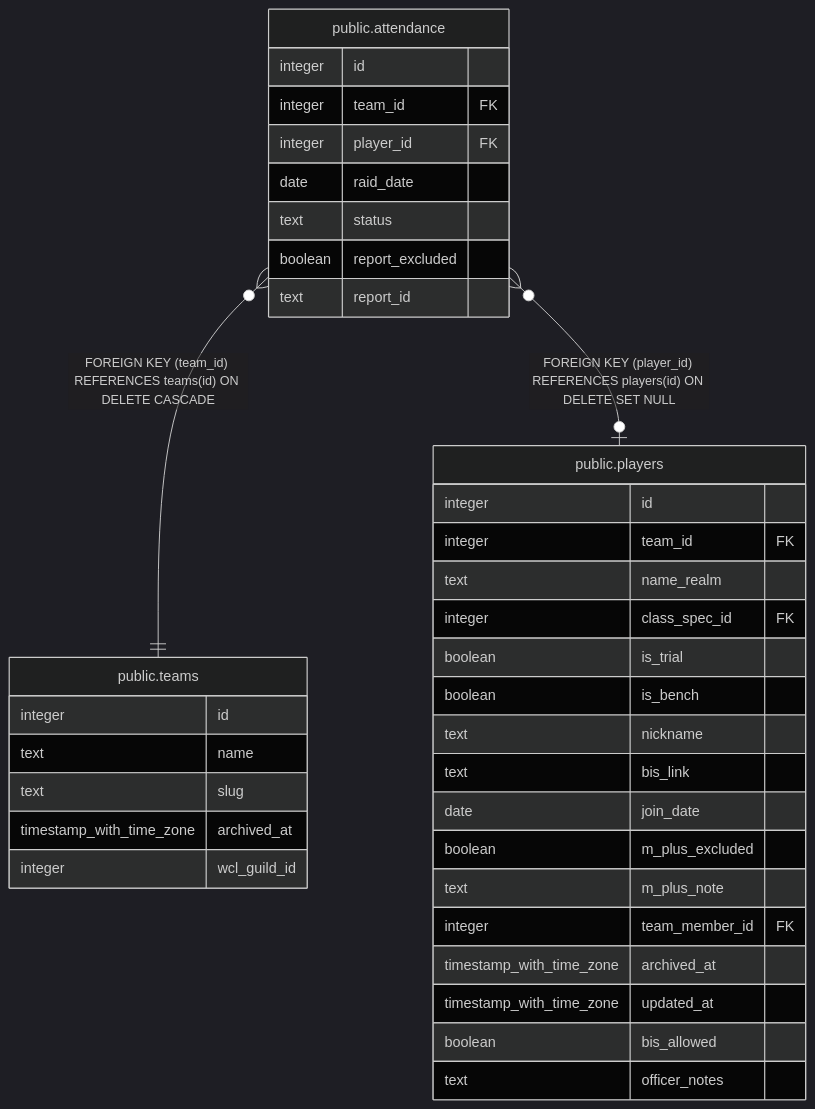
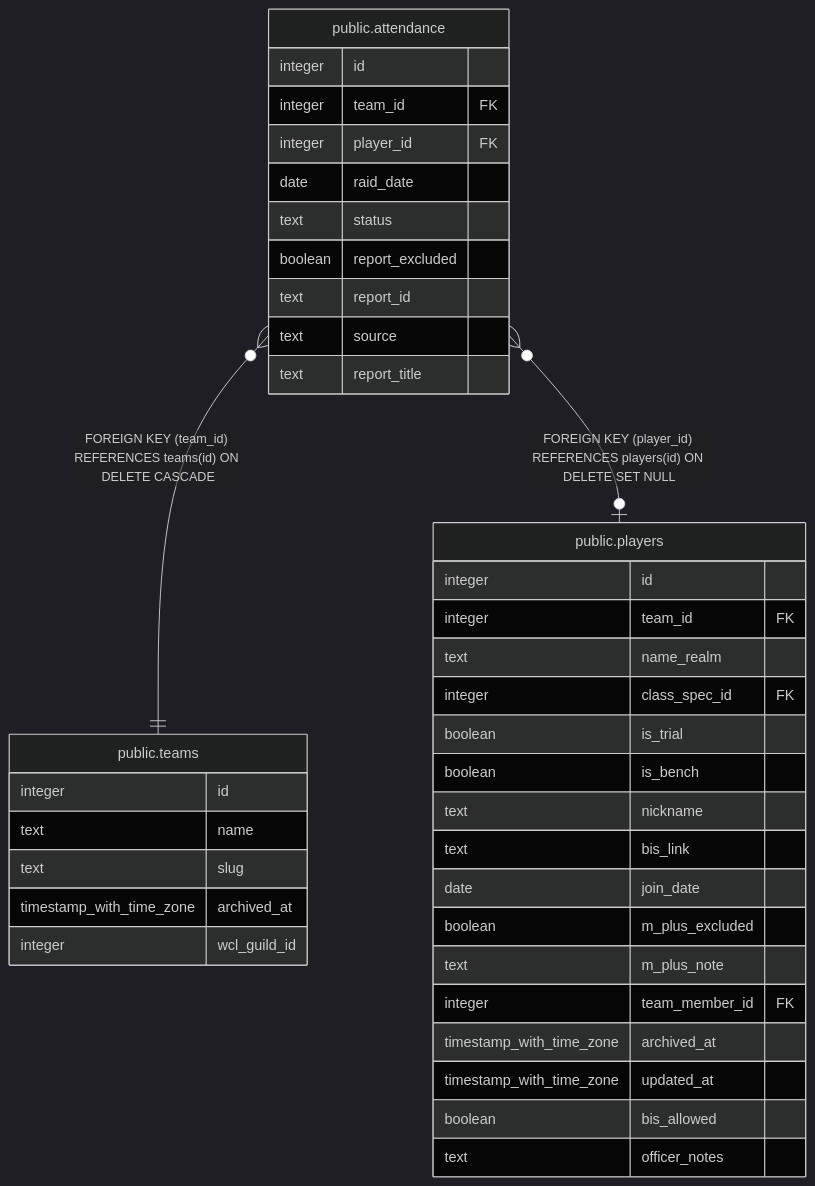
The diagram in dbdoc/public.attendance.md (katogaming88/WGA-Raid-Hub), drawn with Mermaid (dark theme) before and after one commit. The commit also changed other lines of this file and 16 other files, not shown here.

````diff
--- a/dbdoc/public.attendance.md
+++ b/dbdoc/public.attendance.md
@@ -40,41 +43,43 @@
 ```mermaid
 erDiagram
 
 "public.attendance" }o--|| "public.teams" : "FOREIGN KEY (team_id) REFERENCES teams(id) ON DELETE CASCADE"
 "public.attendance" }o--o| "public.players" : "FOREIGN KEY (player_id) REFERENCES players(id) ON DELETE SET NULL"
 
 "public.attendance" {
   integer id
   integer team_id FK
   integer player_id FK
   date raid_date
   text status
   boolean report_excluded
   text report_id
+  text source
+  text report_title
 }
 "public.teams" {
   integer id
   text name
   text slug
   timestamp_with_time_zone archived_at
   integer wcl_guild_id
 }
 "public.players" {
   integer id
   integer team_id FK
   text name_realm
   integer class_spec_id FK
   boolean is_trial
   boolean is_bench
   text nickname
   text bis_link
   date join_date
   boolean m_plus_excluded
   text m_plus_note
   integer team_member_id FK
   timestamp_with_time_zone archived_at
   timestamp_with_time_zone updated_at
   boolean bis_allowed
   text officer_notes
 }
 ```
````
